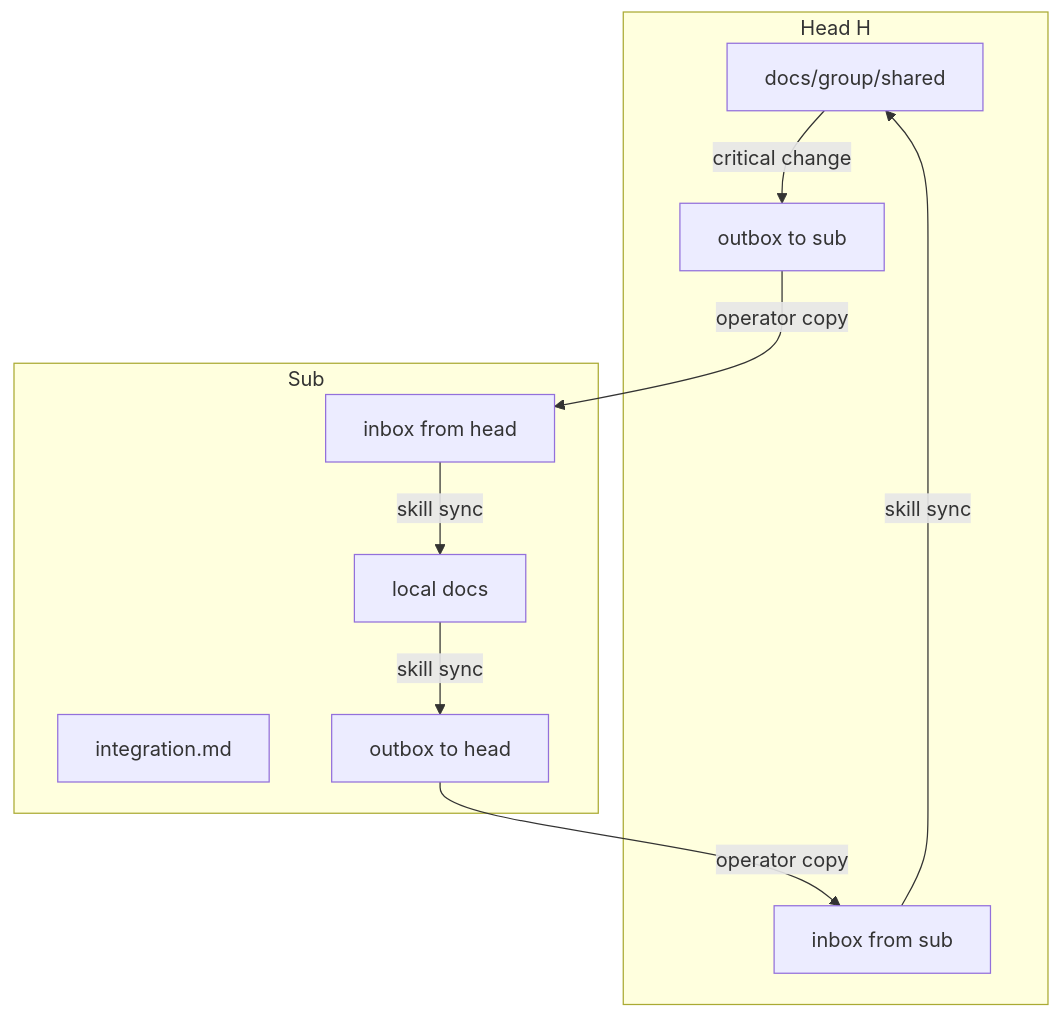
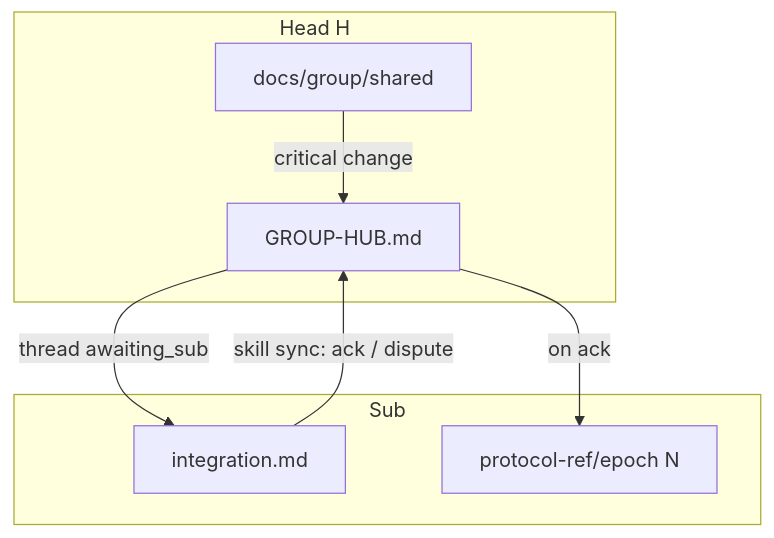
Before and after one commit to ai6i4yvu6147-coder/1c-help-mcp-server: the diagram in docs/canons/documentation.md, drawn with Mermaid. The commit also changed other lines of this file and 46 other files, not shown here.

````diff
--- a/docs/canons/documentation.md
+++ b/docs/canons/documentation.md
@@ -46,22 +48,17 @@
 ```mermaid
 flowchart TB
  subgraph head [Head H]
  Shared[docs/group/shared]
- OutH[outbox to sub]
- InH[inbox from sub]
+ Hub[GROUP-HUB.md]
  end
 
  subgraph sub [Sub]
  Integ[integration.md]
- InS[inbox from head]
- OutS[outbox to head]
- LocalDocs[local docs]
+ Ref[protocol-ref/epoch N]
  end
 
- Shared -->|critical change| OutH
- OutH -->|operator copy| InS
- InS -->|skill sync| LocalDocs
- LocalDocs -->|skill sync| OutS
- OutS -->|operator copy| InH
- InH -->|skill sync| Shared
+ Shared -->|critical change| Hub
+ Hub -->|thread awaiting_sub| Integ
+ Integ -->|skill sync: ack / dispute| Hub
+ Hub -->|on ack| Ref
 ```
````
